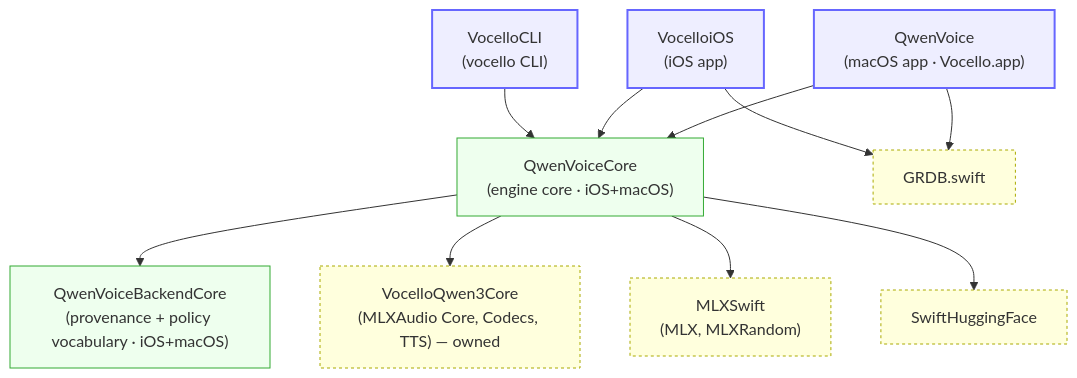
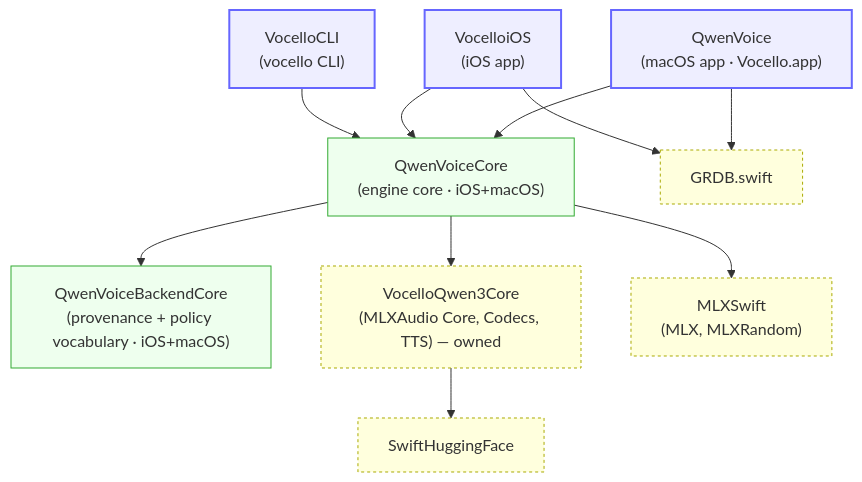
The first of 5 diagrams in docs/ARCHITECTURE.md (PowerBeef/Vocello), drawn with Mermaid before and after one commit. The commit also changed other lines of this file and 17 other files, not shown here.

````diff
--- a/docs/ARCHITECTURE.md
+++ b/docs/ARCHITECTURE.md
@@ -65,33 +65,33 @@
 ```mermaid
 graph TD
     classDef app fill:#eef,stroke:#66f,stroke-width:2px;
     classDef fw fill:#efe,stroke:#3a3;
     classDef macfw fill:#fee,stroke:#c33;
     classDef spm fill:#ffd,stroke:#aa0,stroke-dasharray:3 3;
 
     QwenVoice["QwenVoice<br/>(macOS app · Vocello.app)"]:::app
     VocelloiOS["VocelloiOS<br/>(iOS app)"]:::app
     VocelloCLI["VocelloCLI<br/>(vocello CLI)"]:::app
 
     QwenVoiceCore["QwenVoiceCore<br/>(engine core · iOS+macOS)"]:::fw
     QwenVoiceBackendCore["QwenVoiceBackendCore<br/>(provenance + policy vocabulary · iOS+macOS)"]:::fw
 
     GRDB["GRDB.swift"]:::spm
     MLXAudio["VocelloQwen3Core<br/>(MLXAudio Core, Codecs, TTS) — owned"]:::spm
     MLXSwift["MLXSwift<br/>(MLX, MLXRandom)"]:::spm
     SwiftHuggingFace["SwiftHuggingFace"]:::spm
 
     QwenVoice --> QwenVoiceCore
     QwenVoice --> GRDB
 
     VocelloiOS --> QwenVoiceCore
     VocelloiOS --> GRDB
 
     VocelloCLI --> QwenVoiceCore
 
     QwenVoiceCore --> QwenVoiceBackendCore
 
     QwenVoiceCore --> MLXAudio
     QwenVoiceCore --> MLXSwift
-    QwenVoiceCore --> SwiftHuggingFace
+    MLXAudio --> SwiftHuggingFace
 ```
````
